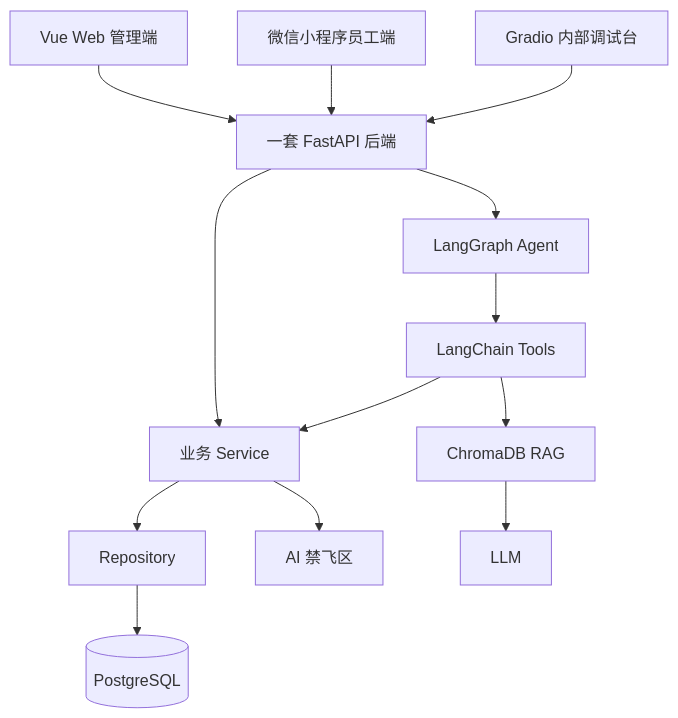
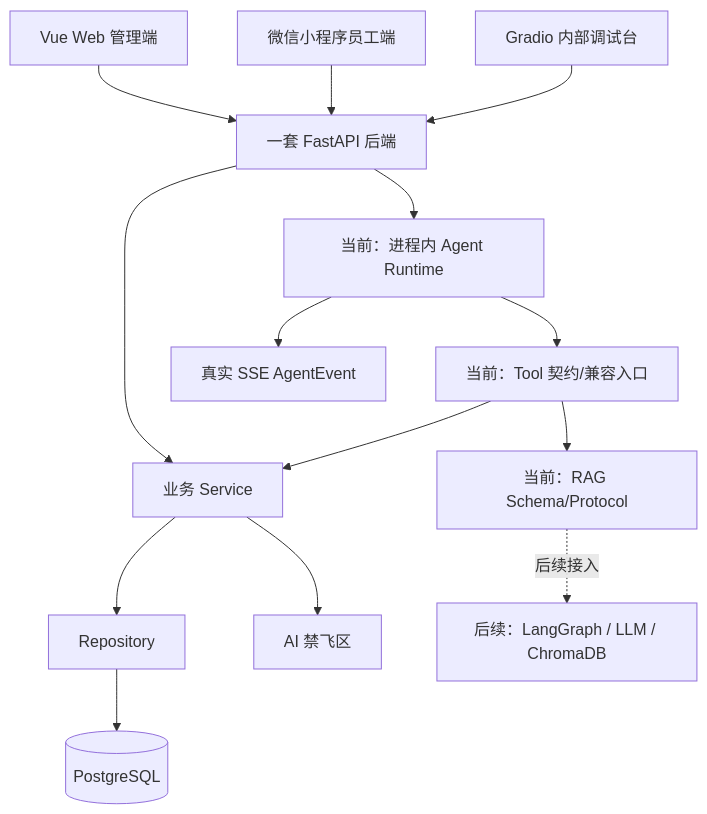
One commit to shmzl1/workspace-core changed the diagram in .agent/architecture.md. Above: the diagram before and after it, drawn with Mermaid. The commit also changed other lines of this file and 69 other files, not shown here.

````diff
--- a/.agent/architecture.md
+++ b/.agent/architecture.md
@@ -24,27 +24,29 @@
 ```mermaid
 flowchart TB
     Web[Vue Web 管理端]
     Mini[微信小程序员工端]
     Gradio[Gradio 内部调试台]
     API[一套 FastAPI 后端]
     Service[业务 Service]
     Repo[Repository]
     PG[(PostgreSQL)]
-    Agent[LangGraph Agent]
-    Tool[LangChain Tools]
-    RAG[ChromaDB RAG]
+    Runtime[当前：进程内 Agent Runtime]
+    Tool[当前：Tool 契约/兼容入口]
+    RAG[当前：RAG Schema/Protocol]
+    Future[后续：LangGraph / LLM / ChromaDB]
     Human[AI 禁飞区]
 
     Web --> API
     Mini --> API
     Gradio --> API
     API --> Service
     Service --> Repo
     Repo --> PG
-    API --> Agent
-    Agent --> Tool
+    API --> Runtime
+    Runtime --> SSE[真实 SSE AgentEvent]
+    Runtime --> Tool
     Tool --> Service
     Tool --> RAG
-    RAG --> LLM[LLM]
+    RAG -. 后续接入 .-> Future
     Service --> Human
 ```
````
